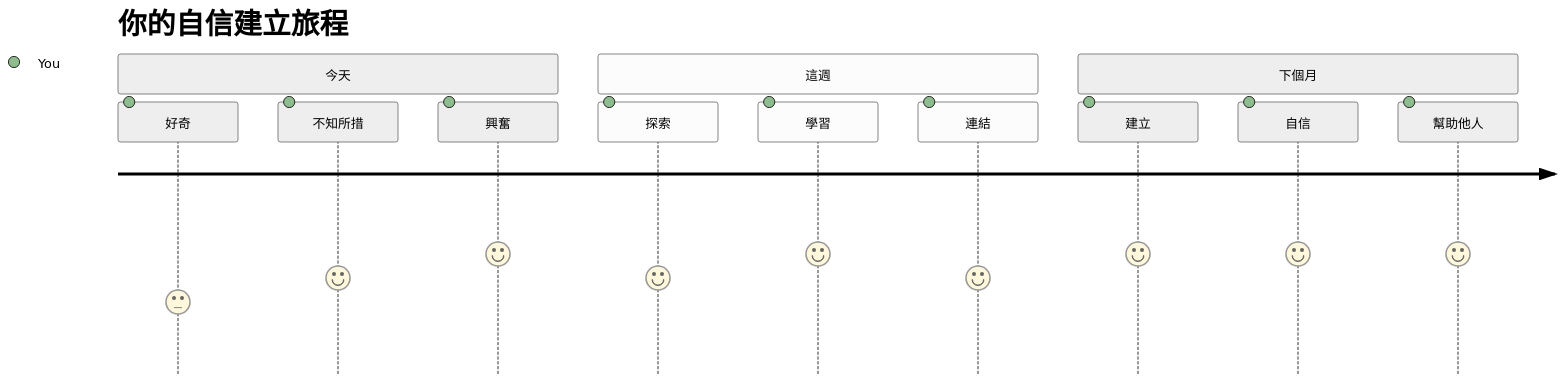
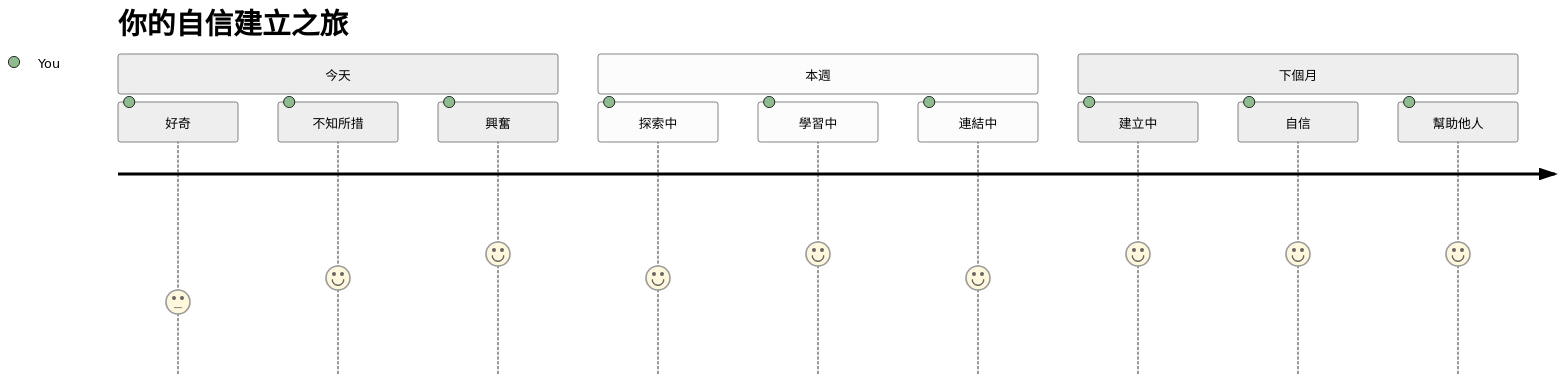
Before and after one commit to microsoft/Web-Dev-For-Beginners: the seventh of 7 diagrams in translations/zh-TW/1-getting-started-lessons/1-intro-to-programming-languages/README.md, drawn with Mermaid (neutral theme). The commit also changed other lines of this file and 11 other files, not shown here.

````diff
--- a/translations/zh-TW/1-getting-started-lessons/1-intro-to-programming-languages/README.md
+++ b/translations/zh-TW/1-getting-started-lessons/1-intro-to-programming-languages/README.md
@@ -834,16 +829,16 @@
 ```mermaid
 journey
-    title 你的自信建立旅程
+    title 你的自信建立之旅
     section 今天
       好奇: 3: You
       不知所措: 4: You
       興奮: 5: You
-    section 這週
-      探索: 4: You
-      學習: 5: You
-      連結: 4: You
+    section 本週
+      探索中: 4: You
+      學習中: 5: You
+      連結中: 4: You
     section 下個月
-      建立: 5: You
+      建立中: 5: You
       自信: 5: You
       幫助他人: 5: You
 ```
````
